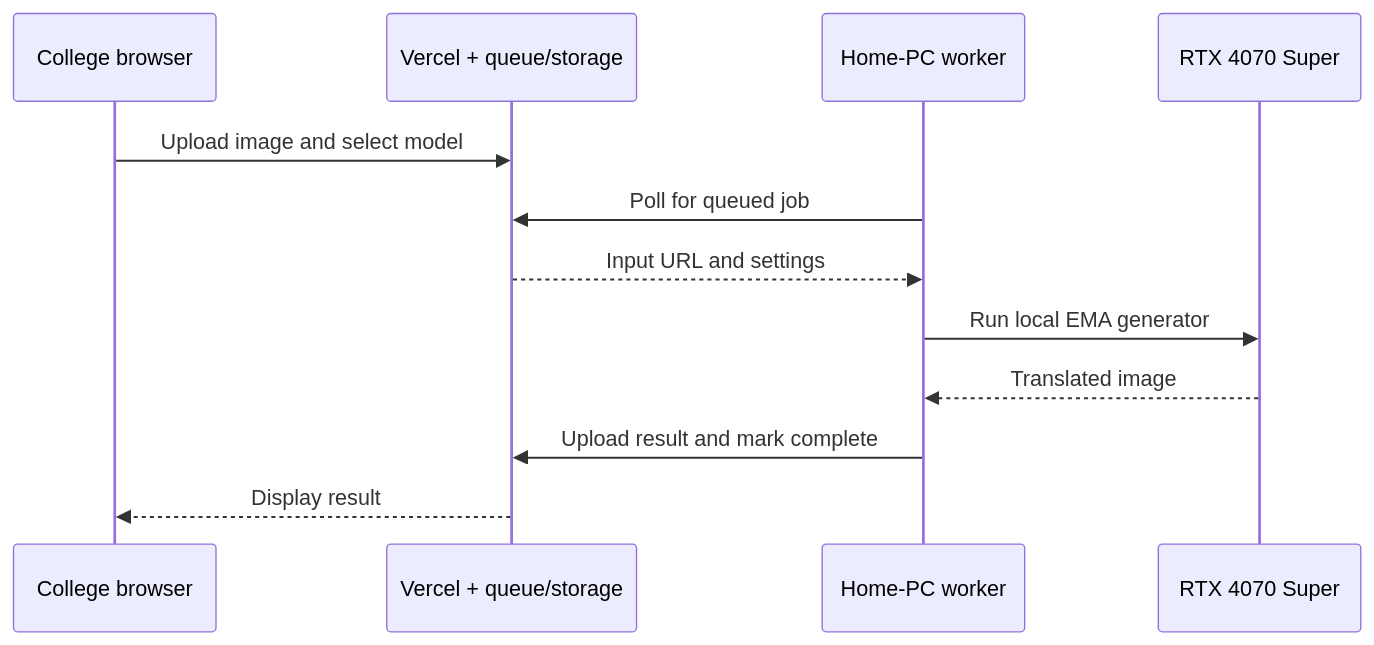
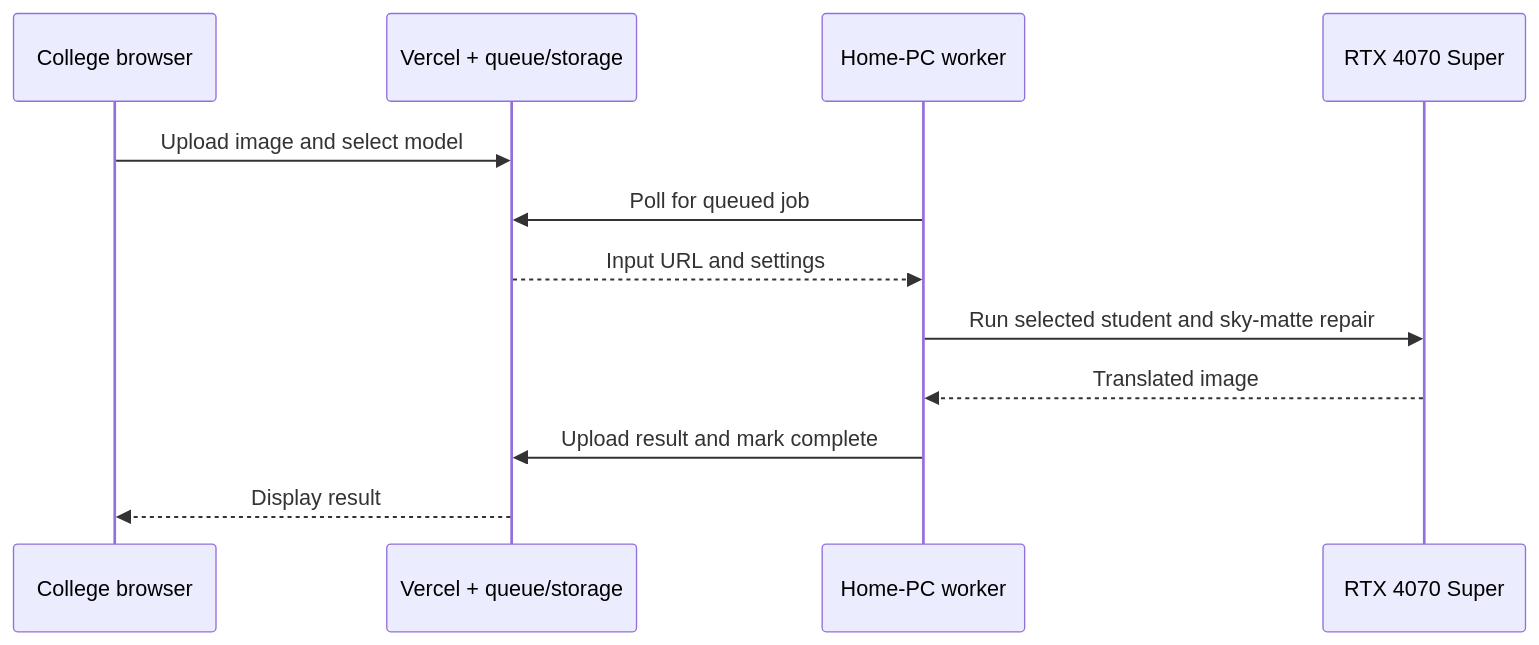
One commit to xMN-28/Day-Night-Image-Translation-GenAI changed the second of 2 diagrams in docs/PROJECT_MASTER_GUIDE.md. Above: the diagram before and after it, drawn with Mermaid. The commit also changed other lines of this file and 89 other files, not shown here.

````diff
--- a/docs/PROJECT_MASTER_GUIDE.md
+++ b/docs/PROJECT_MASTER_GUIDE.md
@@ -630,14 +734,14 @@
 ```mermaid
 sequenceDiagram
     participant Browser as College browser
     participant Web as Vercel + queue/storage
     participant Worker as Home-PC worker
     participant GPU as RTX 4070 Super
     Browser->>Web: Upload image and select model
     Worker->>Web: Poll for queued job
     Web-->>Worker: Input URL and settings
-    Worker->>GPU: Run local EMA generator
+    Worker->>GPU: Run selected student and sky-matte repair
     GPU-->>Worker: Translated image
     Worker->>Web: Upload result and mark complete
     Web-->>Browser: Display result
 ```
````
